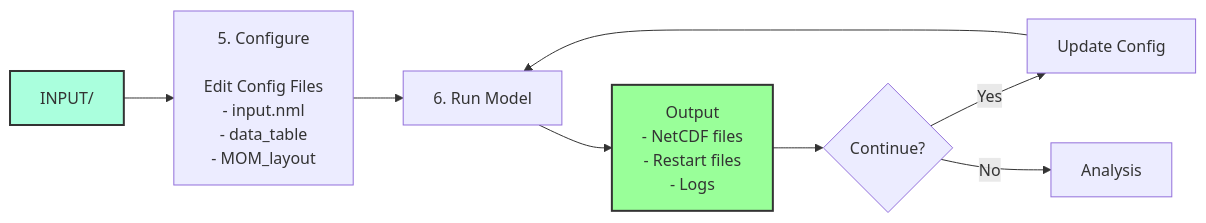
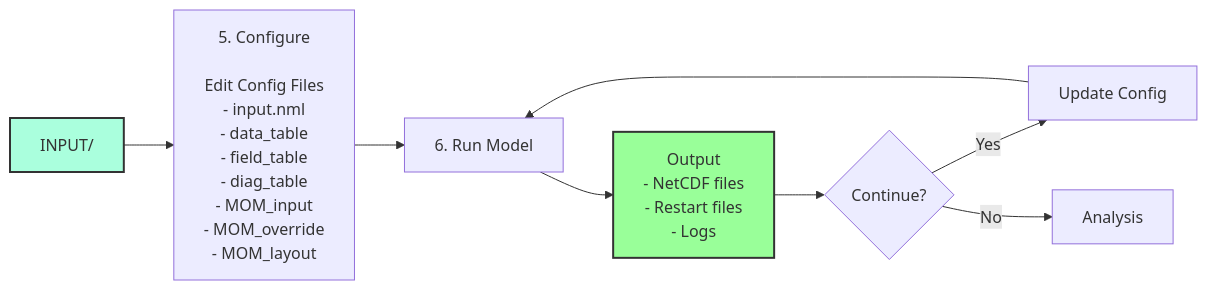
Before and after one commit to dksasaki/MOM6_COBALT_NEUS25: the second of 2 diagrams in exps/NEUS25.COBALT/README2.md, drawn with Mermaid.

````diff
--- a/exps/NEUS25.COBALT/README2.md
+++ b/exps/NEUS25.COBALT/README2.md
@@ -33,17 +33,17 @@
 ```mermaid
 flowchart LR
-    A[INPUT/] --> B[5. Configure <br/> <br/> Edit Config Files<br/>- input.nml<br/>- data_table<br/>- MOM_layout]
+    A[INPUT/] --> B[5. Configure <br/> <br/> Edit Config Files<br/>- input.nml<br/>- data_table<br/>- field_table<br/>- diag_table<br/>- MOM_input<br/>- MOM_override<br/>- MOM_layout]
     
-    %% B --> C[Edit Config Files<br/>- input.nml<br/>- data_table<br/>- MOM_layout]
+    %% B --> C[Edit Config Files<br/>- input.nml<br/>- MOM_input<br/>- MOM_override<br/>- MOM_layout]
     
     B --> D[6. Run Model]
     D --> E[Output<br/>- NetCDF files<br/>- Restart files<br/>- Logs]
     
     E --> F{Continue?}
     F -->|Yes| G[Update Config]
     G --> D
     F -->|No| H[Analysis]
     
     style A fill:#afd,stroke:#333,stroke-width:2px
     style E fill:#9f9,stroke:#333,stroke-width:2px
 ```
````
